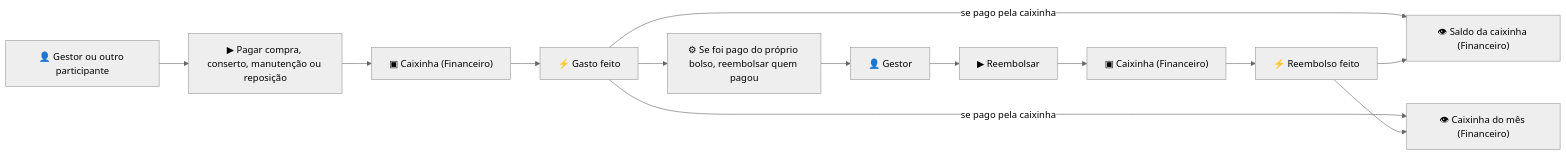
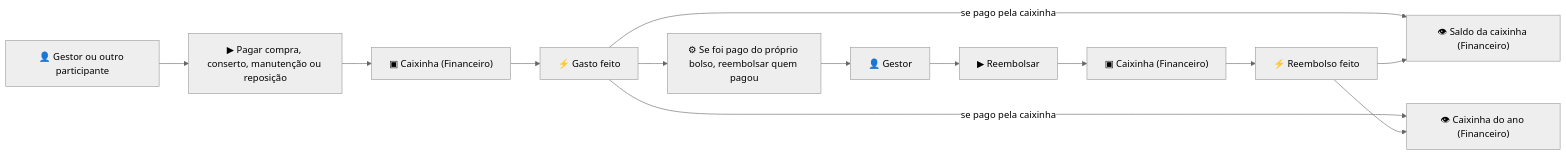
One commit to hsborges/facoffee-app changed the fourth of 7 diagrams in docs/dominio/MODELOS.md. Above: the diagram before and after it, drawn with Mermaid. The commit also changed other lines of this file and 29 other files, not shown here.

First line of the commit message:
feat!: caixinha do ano e telas atualizadas a partir do protótipo (#106)

````diff
--- a/docs/dominio/MODELOS.md
+++ b/docs/dominio/MODELOS.md
@@ -156,11 +156,11 @@
 ```mermaid
 %%{init: {"theme": "neutral"}}%%
 flowchart LR
 
     A1["👤 Gestor ou outro participante"] --> C1["▶ Pagar compra, conserto, manutenção ou reposição"] --> G1["▣ Caixinha (Financeiro)"] --> E1["⚡ Gasto feito"]
     E1 --> P1["⚙ Se foi pago do próprio bolso, reembolsar quem pagou"] --> A2["👤 Gestor"] --> C2["▶ Reembolsar"] --> G2["▣ Caixinha (Financeiro)"] --> E2["⚡ Reembolso feito"]
     E1 -- "se pago pela caixinha" --> R1["👁 Saldo da caixinha (Financeiro)"]
     E2 --> R1
-    E1 -- "se pago pela caixinha" --> R2["👁 Caixinha do mês (Financeiro)"]
+    E1 -- "se pago pela caixinha" --> R2["👁 Caixinha do ano (Financeiro)"]
     E2 --> R2
 ```
````
